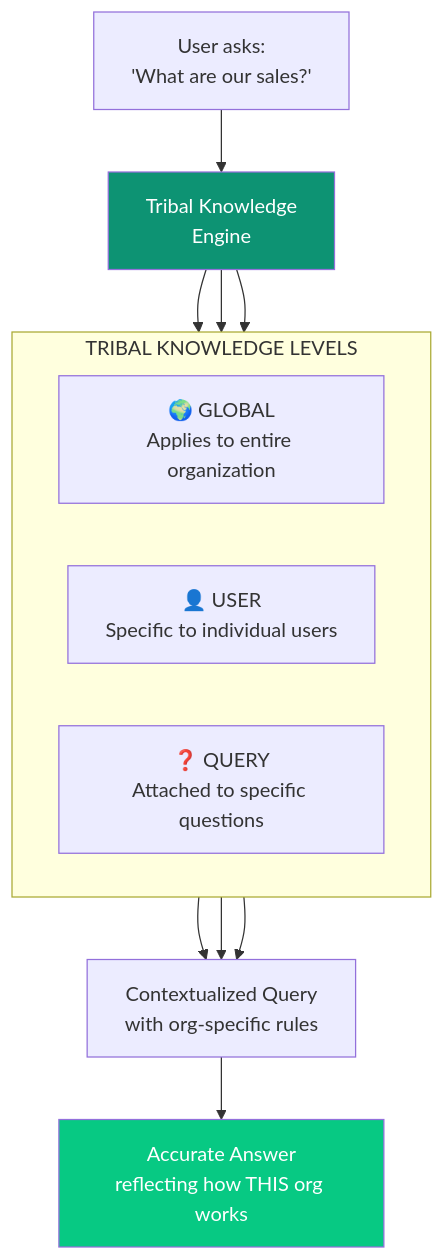
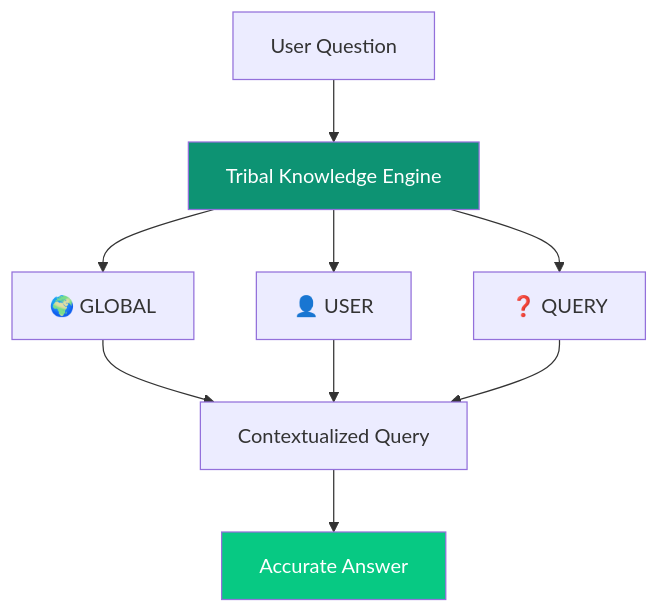
The fourth of 9 diagrams in introduction/problems.mdx (ashishsuperatom/tech-docs), drawn with Mermaid before and after one commit. The commit also changed other lines of this file and 13 other files, not shown here.

First line of the commit message:
Add Superatom AI logo and fix Mermaid diagram rendering

````diff
--- a/introduction/problems.mdx
+++ b/introduction/problems.mdx
@@ -159,22 +141,13 @@
 ```mermaid
-flowchart TB
-    subgraph LEVELS["TRIBAL KNOWLEDGE LEVELS"]
-        direction LR
-        L1["🌍 GLOBAL<br>Applies to entire organization"]
-        L2["👤 USER<br>Specific to individual users"]
-        L3["❓ QUERY<br>Attached to specific questions"]
-    end
+flowchart TD
+    Q["User Question"] --> TK["Tribal Knowledge Engine"]
 
-    Q["User asks:<br>'What are our sales?'"] --> TK["Tribal Knowledge<br>Engine"]
+    TK --> L1["🌍 GLOBAL"] & L2["👤 USER"] & L3["❓ QUERY"]
 
-    TK --> L1
-    TK --> L2
-    TK --> L3
+    L1 & L2 & L3 --> CONTEXT["Contextualized Query"]
 
-    L1 & L2 & L3 --> CONTEXT["Contextualized Query<br>with org-specific rules"]
-
-    CONTEXT --> ANSWER["Accurate Answer<br>reflecting how THIS org works"]
+    CONTEXT --> ANSWER["Accurate Answer"]
 
     style TK fill:#0D9373,color:#fff
     style ANSWER fill:#07C983,color:#fff
 ```
````
